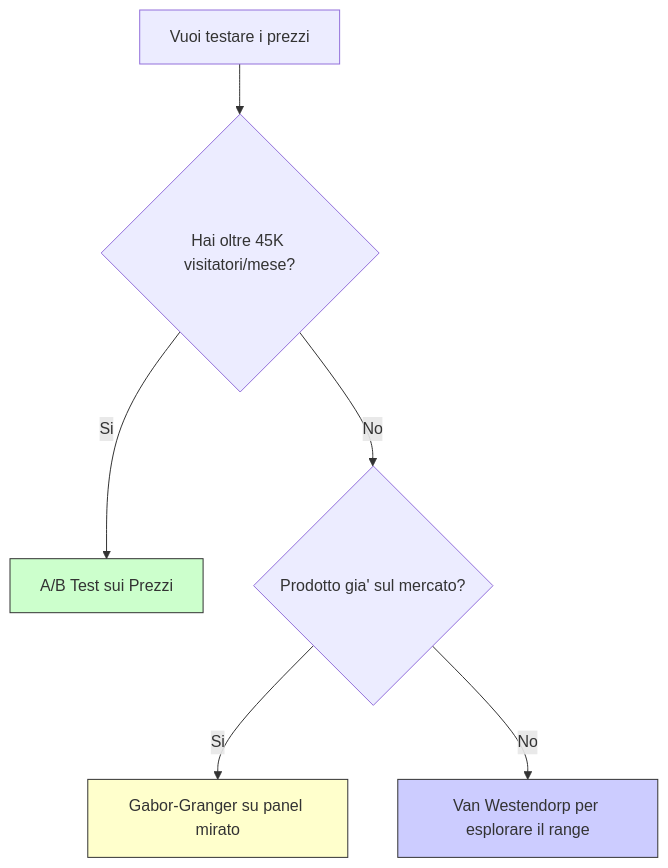
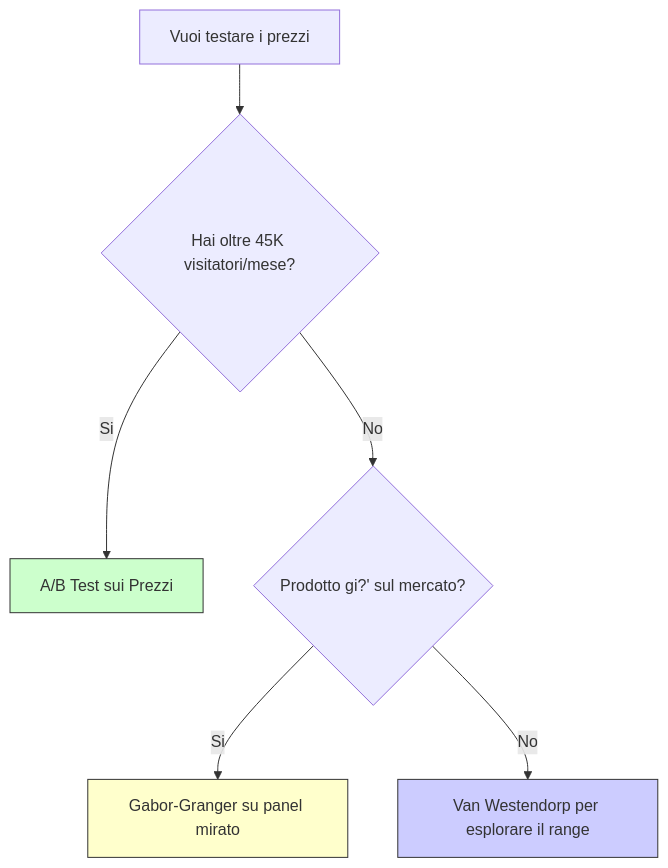
Before and after one commit to AndreyBertasini/gynnitech: the diagram in src/content/blog/pricing-matematico.mdx, drawn with Mermaid. The commit also changed other lines of this file and 77 other files, not shown here.

````diff
--- a/src/content/blog/pricing-matematico.mdx
+++ b/src/content/blog/pricing-matematico.mdx
@@ -242,12 +242,12 @@
 ```mermaid
 graph TD
     A["Vuoi testare i prezzi"] --> B{"Hai oltre 45K visitatori/mese?"}
     B -- Si --> C["A/B Test sui Prezzi"]
-    B -- No --> D{"Prodotto gia' sul mercato?"}
+    B -- No --> D{"Prodotto gi?' sul mercato?"}
     D -- Si --> E["Gabor-Granger su panel mirato"]
     D -- No --> F["Van Westendorp per esplorare il range"]
 
     style C fill:#ccffcc,stroke:#333
     style E fill:#ffffcc,stroke:#333
     style F fill:#ccccff,stroke:#333
 ```
````
